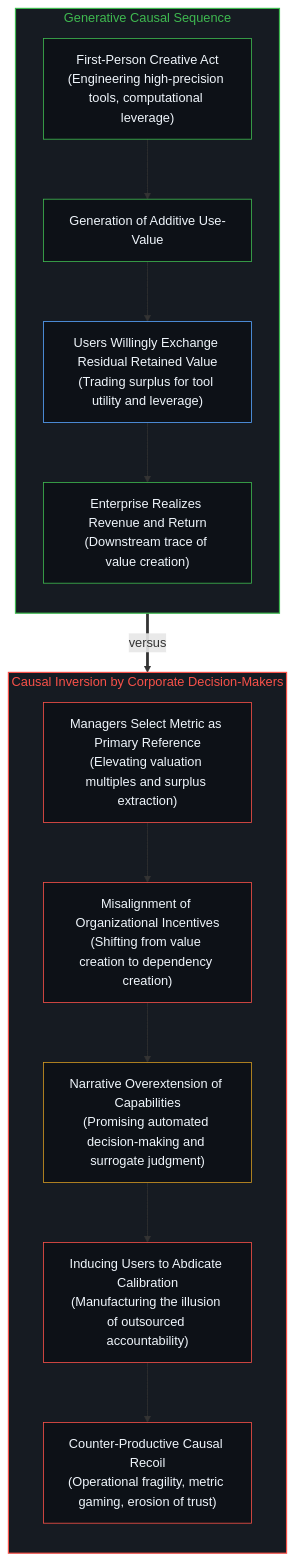
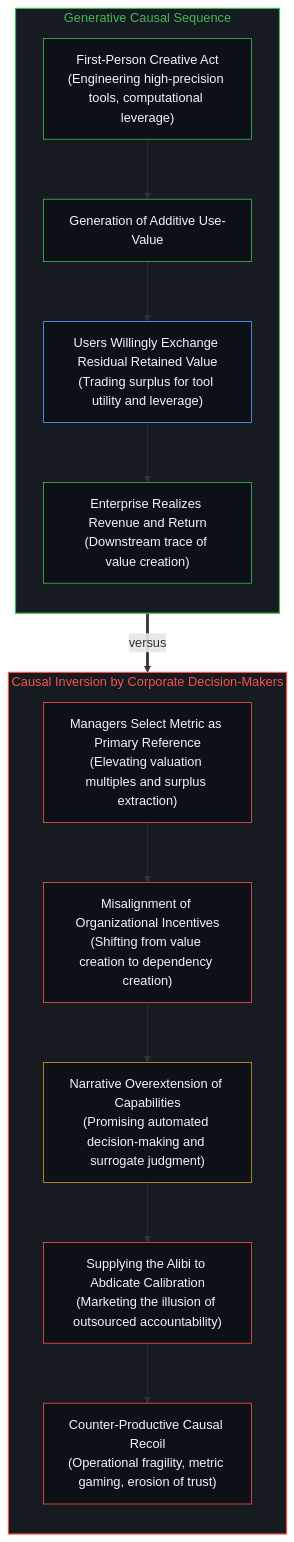
The sixth of 12 diagrams in content/posts/the-delegation-of-the-task-and-the-inalienability-of-consequences.md (powerpig99/not-a-toe), drawn with Mermaid before and after one commit. The commit also changed other lines of this file and 5 other files, not shown here.

````diff
--- a/content/posts/the-delegation-of-the-task-and-the-inalienability-of-consequences.md
+++ b/content/posts/the-delegation-of-the-task-and-the-inalienability-of-consequences.md
@@ -189,31 +178,28 @@
 ```mermaid
 flowchart TD
     subgraph S_Natural["Generative Causal Sequence"]
         direction TB
         V1["First-Person Creative Act<br/>(Engineering high-precision tools, computational leverage)"] --> V2["Generation of Additive Use-Value"]
         V2 --> V3["Users Willingly Exchange Residual Retained Value<br/>(Trading surplus for tool utility and leverage)"]
         V3 --> V4["Enterprise Realizes Revenue and Return<br/>(Downstream trace of value creation)"]
     end
-
     subgraph S_Inverted["Causal Inversion by Corporate Decision-Makers"]
         direction TB
         I1["Managers Select Metric as Primary Reference<br/>(Elevating valuation multiples and surplus extraction)"] --> I2["Misalignment of Organizational Incentives<br/>(Shifting from value creation to dependency creation)"]
         I2 --> I3["Narrative Overextension of Capabilities<br/>(Promising automated decision-making and surrogate judgment)"]
-        I3 --> I4["Inducing Users to Abdicate Calibration<br/>(Manufacturing the illusion of outsourced accountability)"]
+        I3 --> I4["Supplying the Alibi to Abdicate Calibration<br/>(Marketing the illusion of outsourced accountability)"]
         I4 --> I5["Counter-Productive Causal Recoil<br/>(Operational fragility, metric gaming, erosion of trust)"]
     end
-
     S_Natural ==>|"versus"| S_Inverted
-
     style S_Natural fill:#161b22,stroke:#3fb950,stroke-width:1.5px,color:#3fb950
     style S_Inverted fill:#161b22,stroke:#f85149,stroke-width:1.5px,color:#f85149
     style V1 fill:#0d1117,stroke:#3fb950,stroke-width:1px,color:#f0f6fc
     style V2 fill:#0d1117,stroke:#3fb950,stroke-width:1px,color:#f0f6fc
     style V3 fill:#0d1117,stroke:#58a6ff,stroke-width:1px,color:#f0f6fc
     style V4 fill:#0d1117,stroke:#3fb950,stroke-width:1px,color:#f0f6fc
     style I1 fill:#0d1117,stroke:#f85149,stroke-width:1px,color:#f0f6fc
     style I2 fill:#0d1117,stroke:#f85149,stroke-width:1px,color:#f0f6fc
     style I3 fill:#0d1117,stroke:#d29922,stroke-width:1px,color:#f0f6fc
     style I4 fill:#0d1117,stroke:#f85149,stroke-width:1px,color:#f0f6fc
     style I5 fill:#0d1117,stroke:#f85149,stroke-width:1px,color:#f0f6fc
 ```
````
